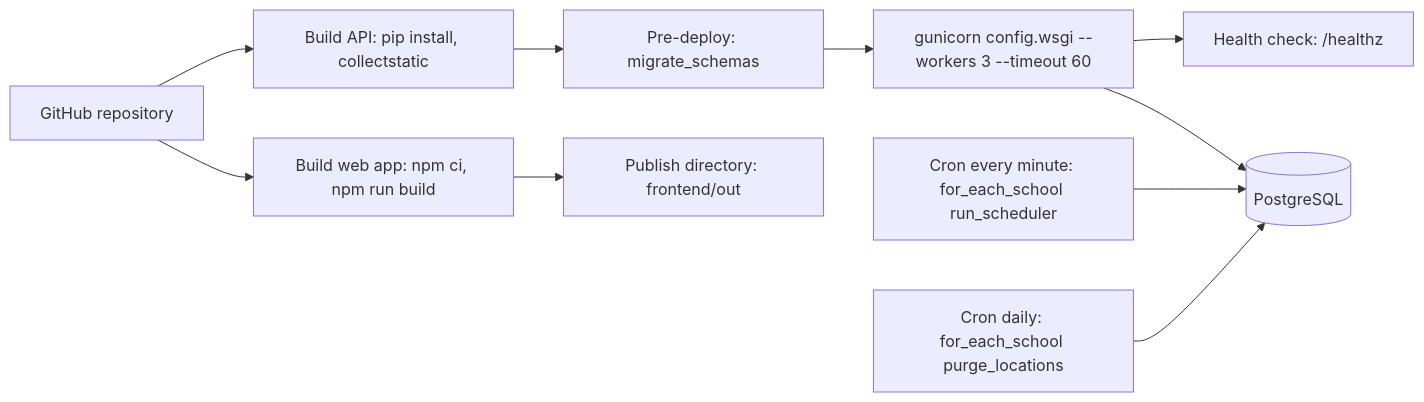
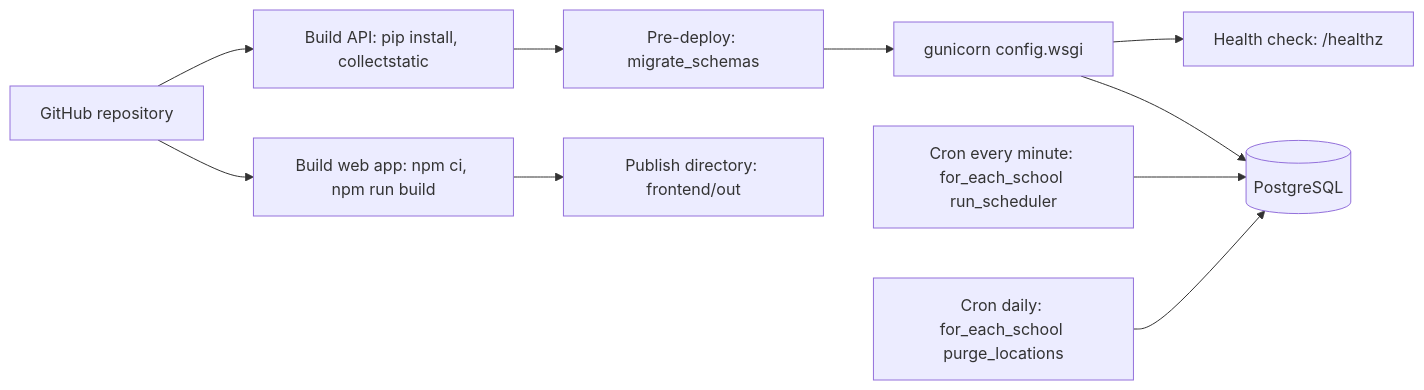
Before and after one commit to Predator663/adoresExam: diagram 17 of 17 in docs/TECHNICAL_DOCUMENTATION.md, drawn with Mermaid. The commit also changed other lines of this file and 14 other files, not shown here.

````diff
--- a/docs/TECHNICAL_DOCUMENTATION.md
+++ b/docs/TECHNICAL_DOCUMENTATION.md
@@ -889,12 +889,12 @@
 ```mermaid
 flowchart LR
   GH["GitHub repository"] --> B1["Build API: pip install, collectstatic"]
   GH --> B2["Build web app: npm ci, npm run build"]
   B1 --> PRE["Pre-deploy: migrate_schemas"]
-  PRE --> RUN["gunicorn config.wsgi --workers 3 --timeout 60"]
+  PRE --> RUN["gunicorn config.wsgi"]
   B2 --> OUT["Publish directory: frontend/out"]
   RUN --> HC["Health check: /healthz"]
   CRON1["Cron every minute: for_each_school run_scheduler"] --> DB[("PostgreSQL")]
   CRON2["Cron daily: for_each_school purge_locations"] --> DB
   RUN --> DB
 ```
````
